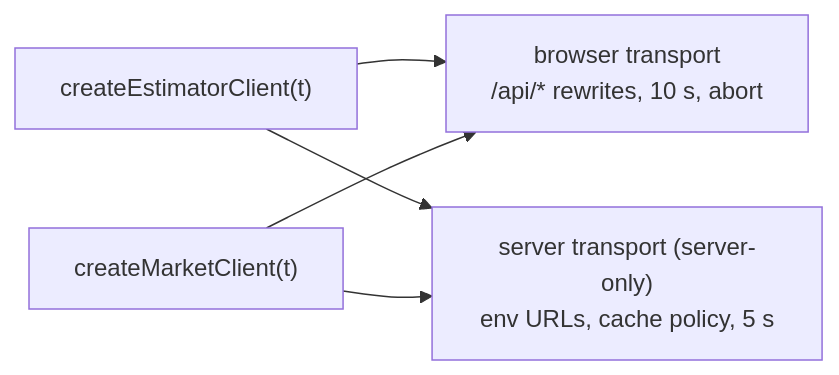
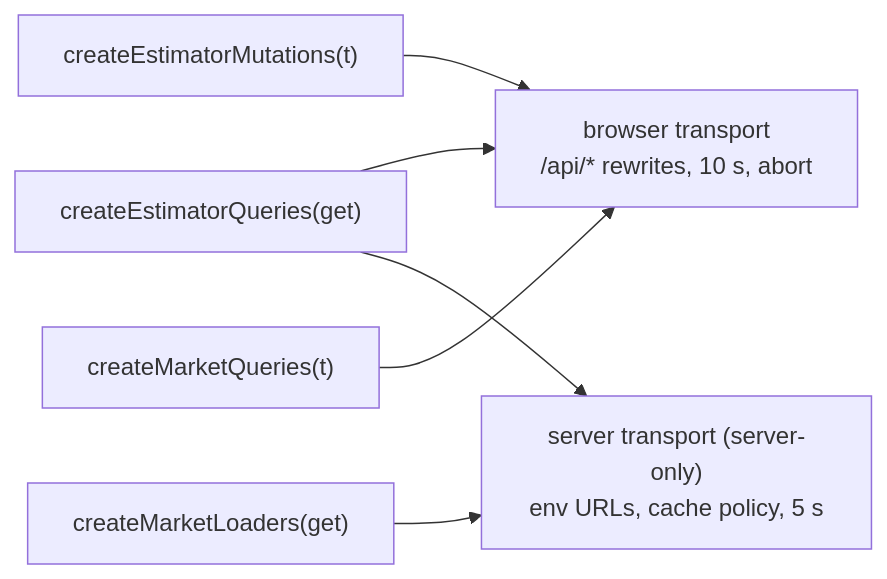
One commit to Ekhrapykin/housing-prediction-portal changed the second of 3 diagrams in web/ARCHITECTURE.md. Above: the diagram before and after it, drawn with Mermaid. The commit also changed other lines of this file and 29 other files, not shown here.

First line of the commit message:
Web: split clients by side, GET-only server transport, tests in test/

````diff
--- a/web/ARCHITECTURE.md
+++ b/web/ARCHITECTURE.md
@@ -42,7 +42,8 @@
 ```mermaid
 flowchart LR
-  EC["createEstimatorClient(t)"] --> BT["browser transport<br/>/api/* rewrites, 10 s, abort"]
-  EC --> ST["server transport (server-only)<br/>env URLs, cache policy, 5 s"]
-  MC["createMarketClient(t)"] --> BT
-  MC --> ST
+  EQ["createEstimatorQueries(get)"] --> BT["browser transport<br/>/api/* rewrites, 10 s, abort"]
+  EQ --> ST["server transport (server-only)<br/>env URLs, cache policy, 5 s"]
+  ML["createMarketLoaders(get)"] --> ST
+  EM["createEstimatorMutations(t)"] --> BT
+  MQ["createMarketQueries(t)"] --> BT
 ```
````
